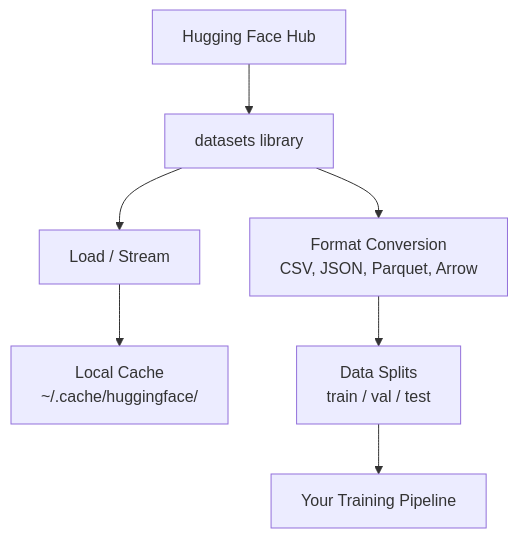
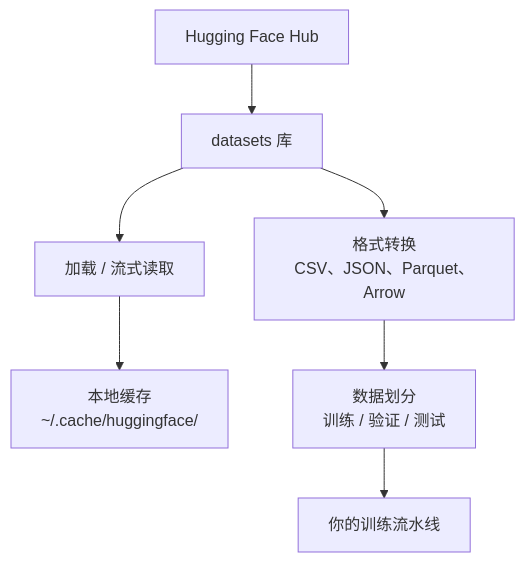
One commit to huangyue12120/Learning-Atlas changed the diagram in content/translations/practice/00-setup-and-tooling/09-data-management/zh.md. Above: the diagram before and after it, drawn with Mermaid. The commit also changed other lines of this file and 718 other files, not shown here.

````diff
--- a/content/translations/practice/00-setup-and-tooling/09-data-management/zh.md
+++ b/content/translations/practice/00-setup-and-tooling/09-data-management/zh.md
@@ -34,9 +34,9 @@
 ```mermaid
 graph TD
-    A["Hugging Face Hub"] --> B["datasets library"]
-    B --> C["Load / Stream"]
-    C --> D["Local Cache<br/>~/.cache/huggingface/"]
-    B --> E["Format Conversion<br/>CSV, JSON, Parquet, Arrow"]
-    E --> F["Data Splits<br/>train / val / test"]
-    F --> G["Your Training Pipeline"]
+    A["Hugging Face Hub"] --> B["datasets 库"]
+    B --> C["加载 / 流式读取"]
+    C --> D["本地缓存<br/>~/.cache/huggingface/"]
+    B --> E["格式转换<br/>CSV、JSON、Parquet、Arrow"]
+    E --> F["数据划分<br/>训练 / 验证 / 测试"]
+    F --> G["你的训练流水线"]
 ```
````
